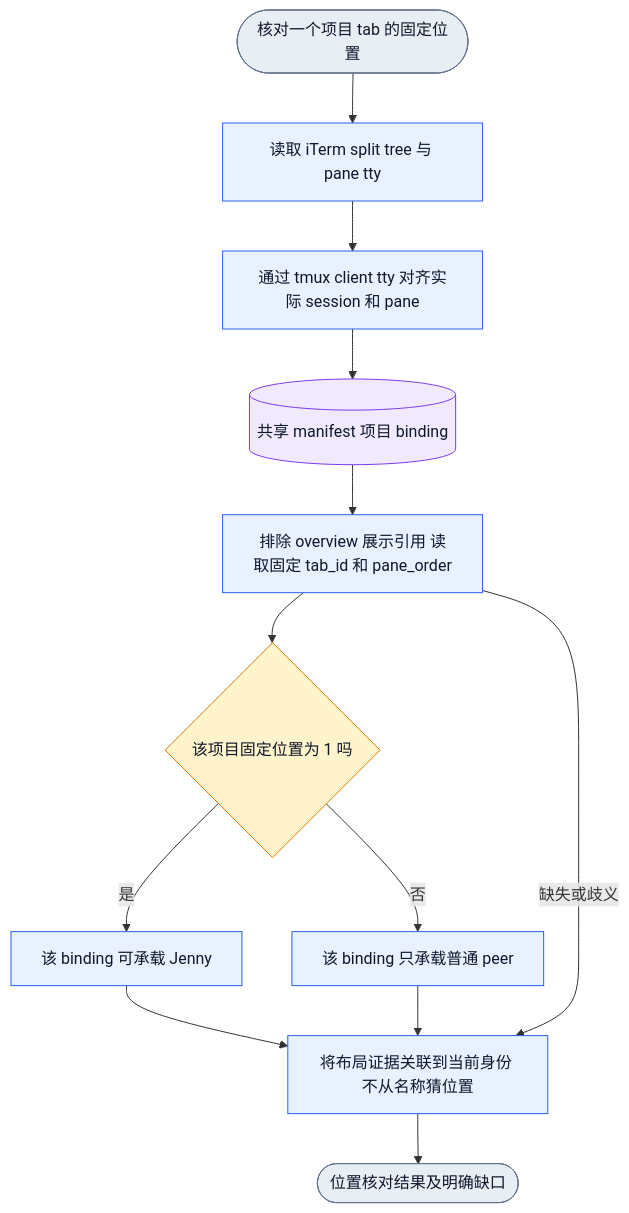
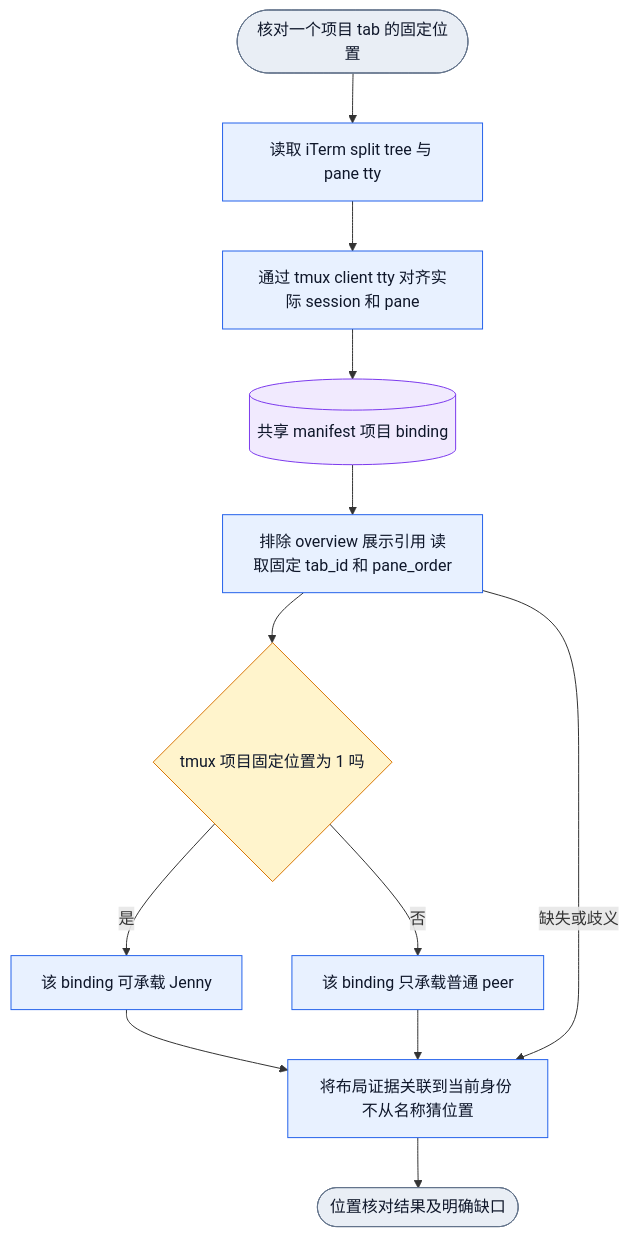
The fourth of 5 diagrams in docs/design/collab-identity-lifecycle-consistency.md (Jasonzhangf/appsdk), drawn with Mermaid before and after one commit. The commit also changed other lines of this file and 103 other files, not shown here.

````diff
--- a/docs/design/collab-identity-lifecycle-consistency.md
+++ b/docs/design/collab-identity-lifecycle-consistency.md
@@ -147,18 +289,18 @@
 ```mermaid
 flowchart TD
  S([核对一个项目 tab 的固定位置]):::boundary --> A[读取 iTerm split tree 与 pane tty]:::action
  A --> B[通过 tmux client tty 对齐实际 session 和 pane]:::action
  B --> C[(共享 manifest 项目 binding)]:::data
  C --> D[排除 overview 展示引用 读取固定 tab_id 和 pane_order]:::action
- D --> E{该项目固定位置为 1 吗}:::decision
+ D --> E{tmux 项目固定位置为 1 吗}:::decision
  E -->|是| F[该 binding 可承载 Jenny]:::action
  E -->|否| G[该 binding 只承载普通 peer]:::action
  F --> R[将布局证据关联到当前身份 不从名称猜位置]:::action
  G --> R
  D -->|缺失或歧义| R
  R --> X([位置核对结果及明确缺口]):::boundary
  classDef boundary fill:#E9EEF5,stroke:#64748B,color:#0F172A
  classDef action fill:#E8F1FF,stroke:#2563EB,color:#0F172A
  classDef decision fill:#FFF4CC,stroke:#D97706,color:#0F172A
  classDef data fill:#F1EAFE,stroke:#7C3AED,color:#0F172A
 ```
````
